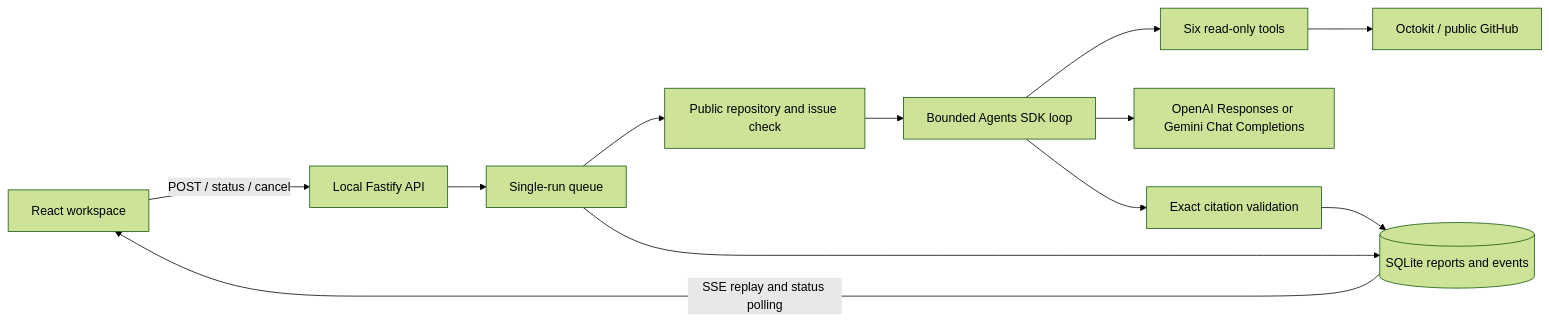
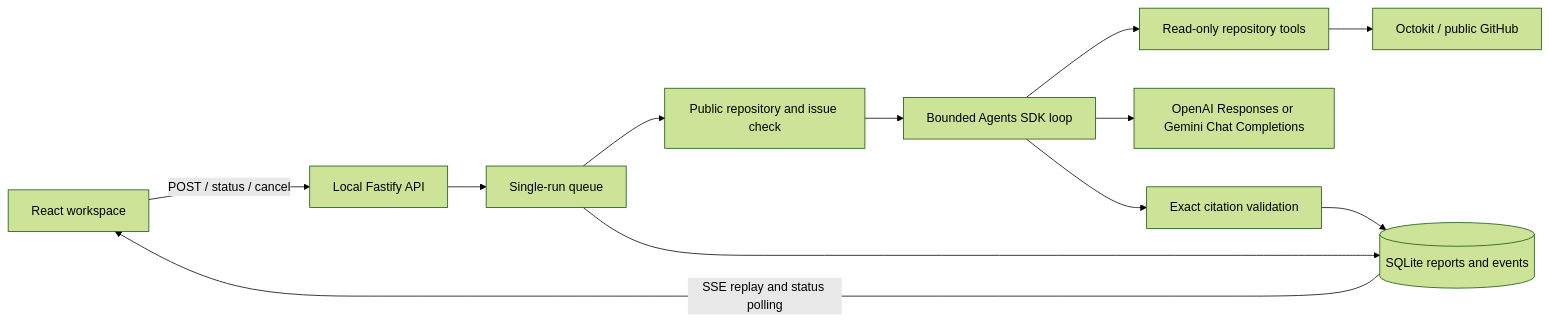
One commit to arthurcui/reposleuth-ai changed the first of 2 diagrams in docs/architecture.md. Above: the diagram before and after it, drawn with Mermaid (forest theme). The commit also changed other lines of this file and 46 other files, not shown here.

````diff
--- a/docs/architecture.md
+++ b/docs/architecture.md
@@ -3,14 +3,14 @@
 ```mermaid
 flowchart LR
   UI[React workspace] -->|POST / status / cancel| API[Local Fastify API]
   API --> Queue[Single-run queue]
   Queue --> Preflight[Public repository and issue check]
   Preflight --> Agent[Bounded Agents SDK loop]
-  Agent --> Tools[Six read-only tools]
+  Agent --> Tools[Read-only repository tools]
   Tools --> GitHub[Octokit / public GitHub]
   Agent --> Model[OpenAI Responses or Gemini Chat Completions]
   Agent --> Validator[Exact citation validation]
   Validator --> Store[(SQLite reports and events)]
   Queue --> Store
   Store -->|SSE replay and status polling| UI
 ```
````
